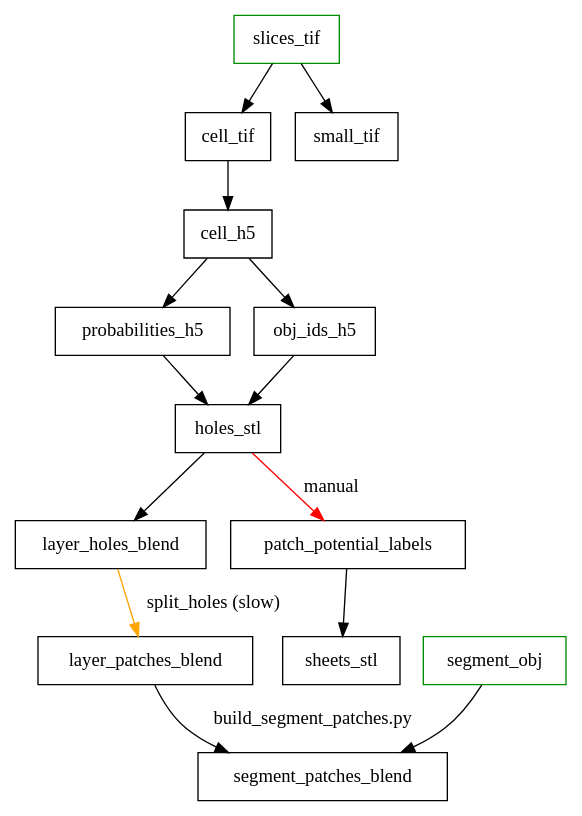
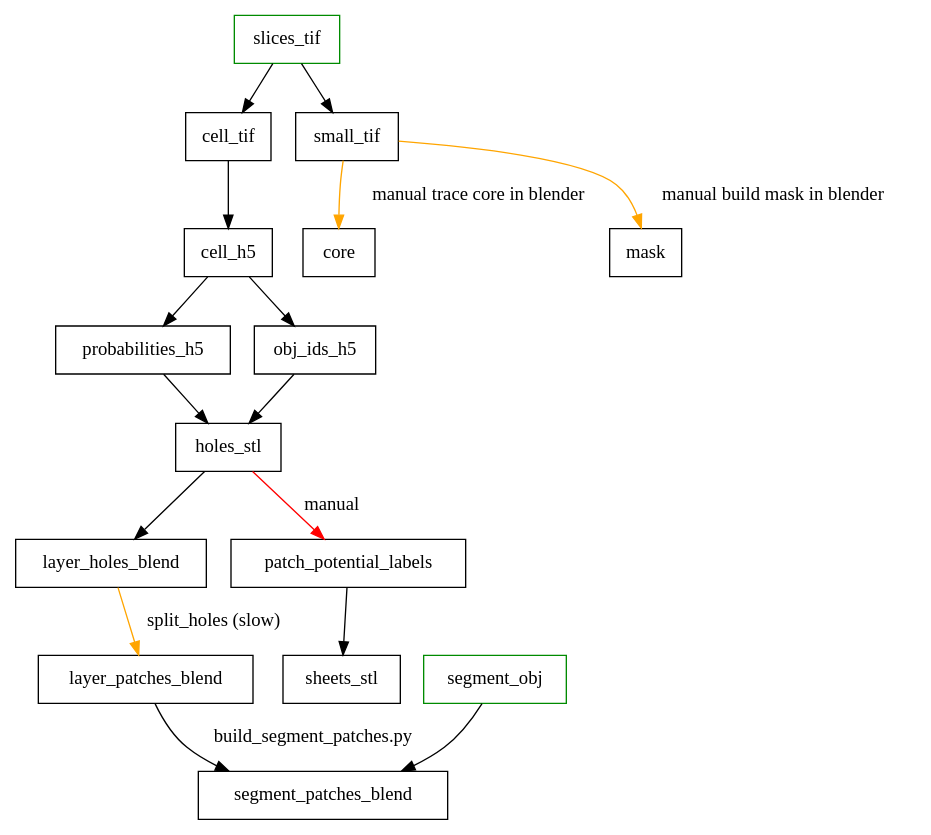
One commit to spelufo/stabia changed the diagram in deps.dot. Above: the diagram before and after it, drawn with Graphviz. The commit also changed 10 other files, not shown here.

```diff
--- a/deps.dot
+++ b/deps.dot
@@ -1,27 +1,31 @@
 digraph deps {
   node [shape=rectangle];
 
   slices_tif [color=green4]
   segment_obj [color=green4]
 
   # vesuvius_build
   slices_tif -> cell_tif
   slices_tif -> small_tif
+
+  # manual core and mask
+  small_tif -> core [color="orange", label="manual trace core in blender"]
+  small_tif -> mask [color="orange", label="manual build mask in blender"]
 
   # ilastik
   cell_tif -> cell_h5
   cell_h5 -> probabilities_h5
   cell_h5 -> obj_ids_h5
   probabilities_h5 -> holes_stl
   obj_ids_h5 -> holes_stl
 
   # blender
   holes_stl -> layer_holes_blend
   layer_holes_blend -> layer_patches_blend [color="orange", label="split_holes (slow)"]
   layer_patches_blend -> segment_patches_blend [label="build_segment_patches.py"]
   segment_obj -> segment_patches_blend
 
   # patch potential labeling + potential diffusion segmentation method
   holes_stl -> patch_potential_labels [color="red", label="manual"]
   patch_potential_labels -> sheets_stl
 }
```
